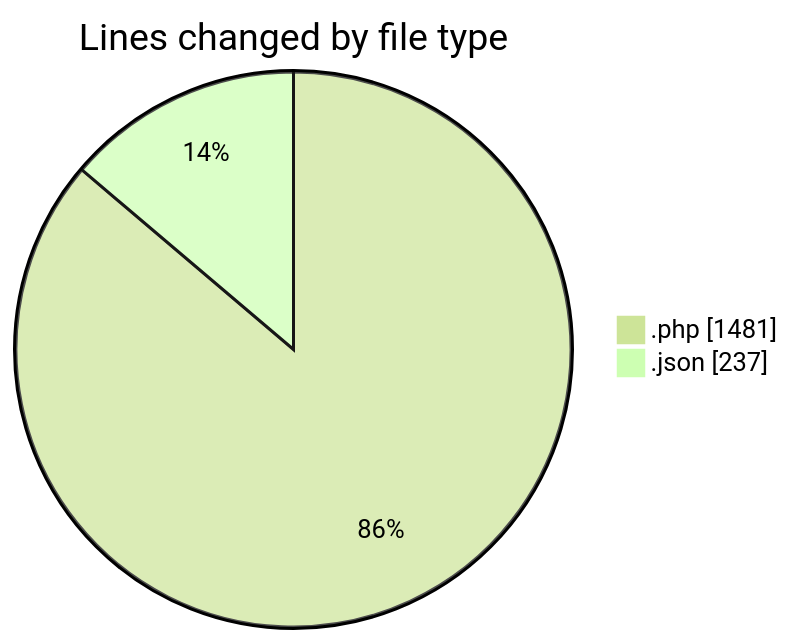
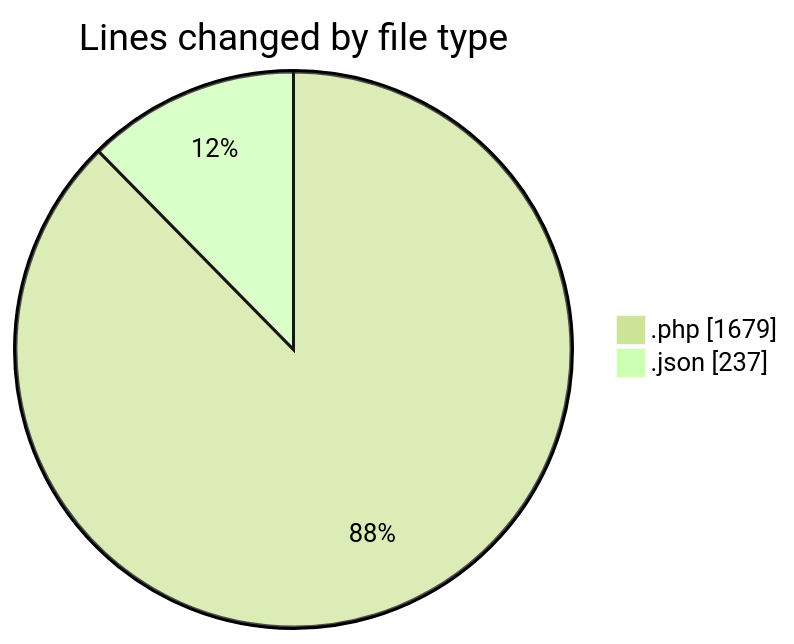
The first of 2 diagrams in 2025-05-28/studio-backend/README.md (idhammustaqopulfikri/code-tracking), drawn with Mermaid (forest theme) before and after one commit. The commit also changed other lines of this file and 1 other file, not shown here.

````diff
--- a/2025-05-28/studio-backend/README.md
+++ b/2025-05-28/studio-backend/README.md
@@ -43,6 +45,6 @@
 ```mermaid
 pie showData
 title Lines changed by file type
-".php" : 1481
+".php" : 1679
 ".json" : 237
 ```
````
